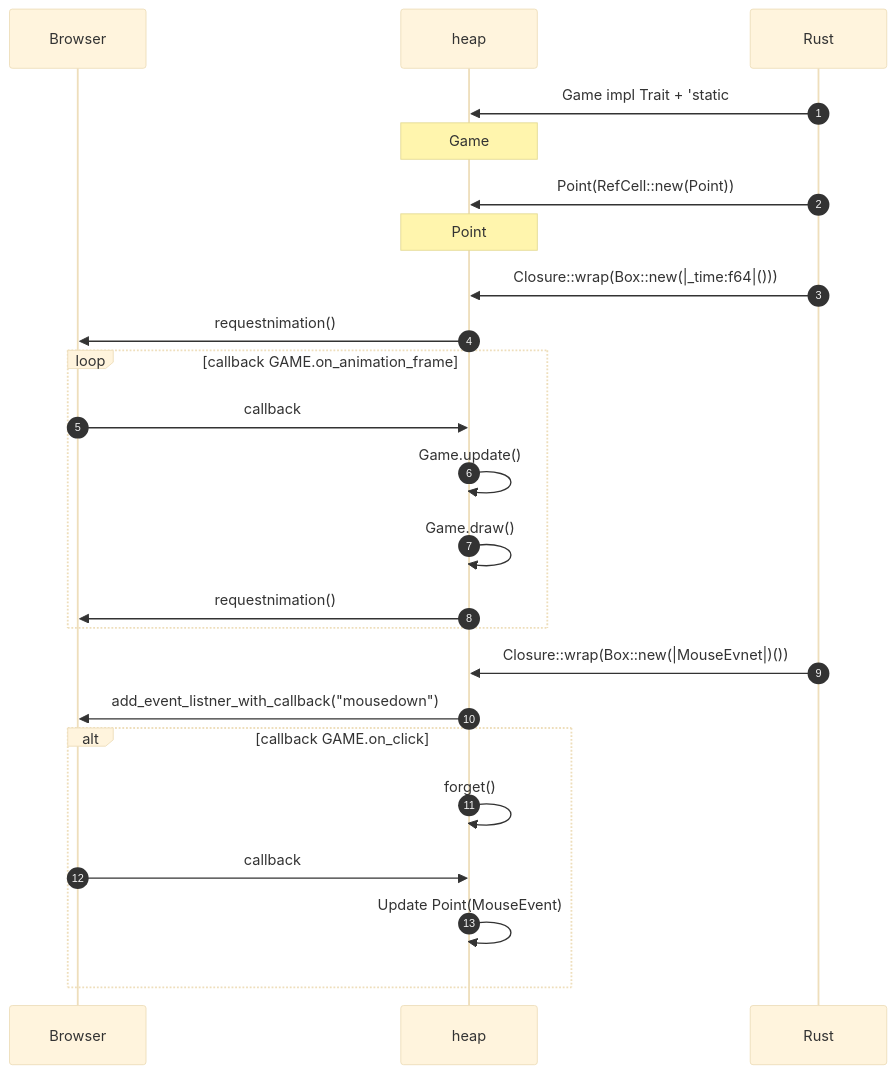
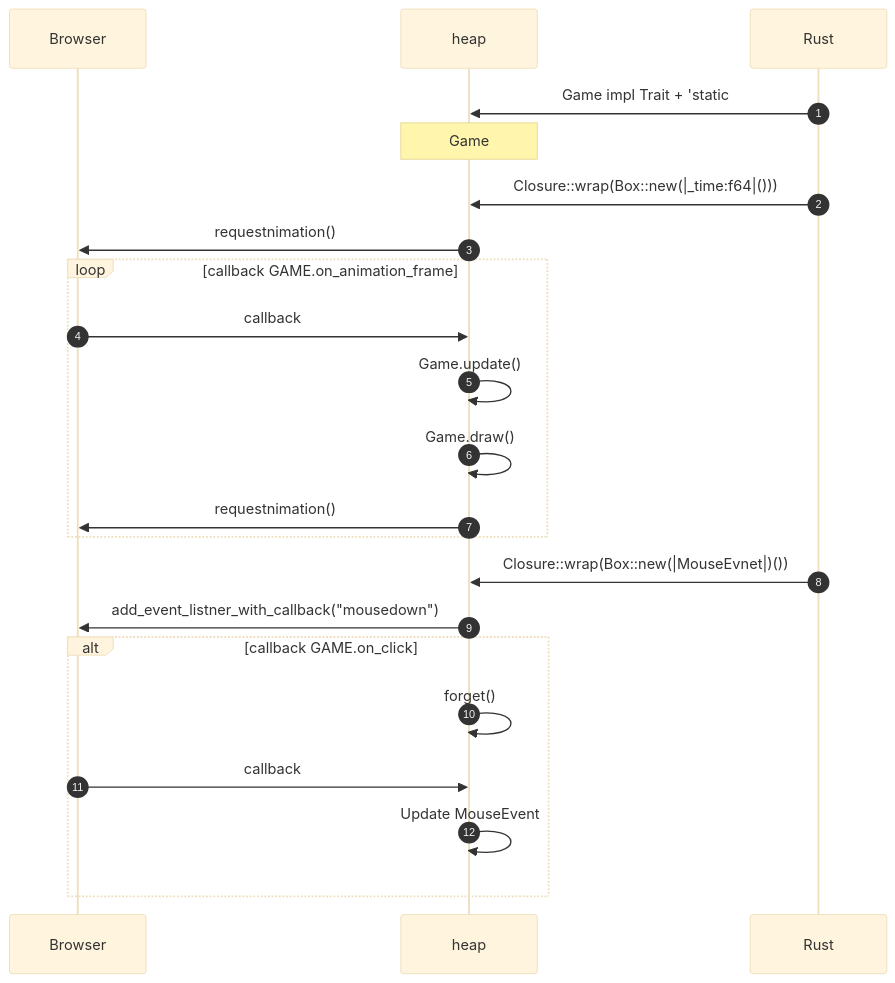
The diagram in README.md (myurioka/demo02), drawn with Mermaid (base theme) before and after one commit. The commit also changed 6 other files, not shown here.

````diff
--- a/README.md
+++ b/README.md
@@ -31,26 +31,24 @@
 ```mermaid
 sequenceDiagram
     autonumber
     participant B as Browser
     participant H as heap
     participant R as Rust
     R->>H: Game impl Trait + 'static
     note over H: Game
-    R->>H: Point(RefCell::new(Point))
-    note over H: Point
     R->>H: Closure::wrap(Box::new(|_time:f64|()))
     H->>B: requestnimation()
     loop callback GAME.on_animation_frame
     B->>H: callback
     H->>H: Game.update()
     H->>H: Game.draw()
     H->>B: requestnimation()
     end
     R->>H: Closure::wrap(Box::new(|MouseEvnet|)())
     H->>B: add_event_listner_with_callback("mousedown")
     alt callback GAME.on_click
     H->>H: forget()
     B->>H: callback
-    H->>H: Update Point(MouseEvent)
+    H->>H: Update MouseEvent
     end
 ```
````
